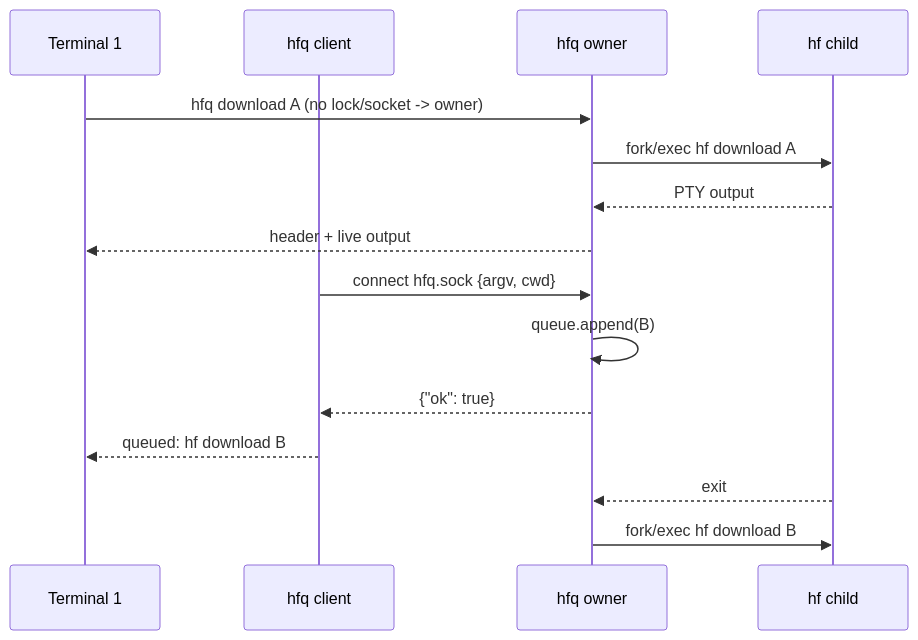
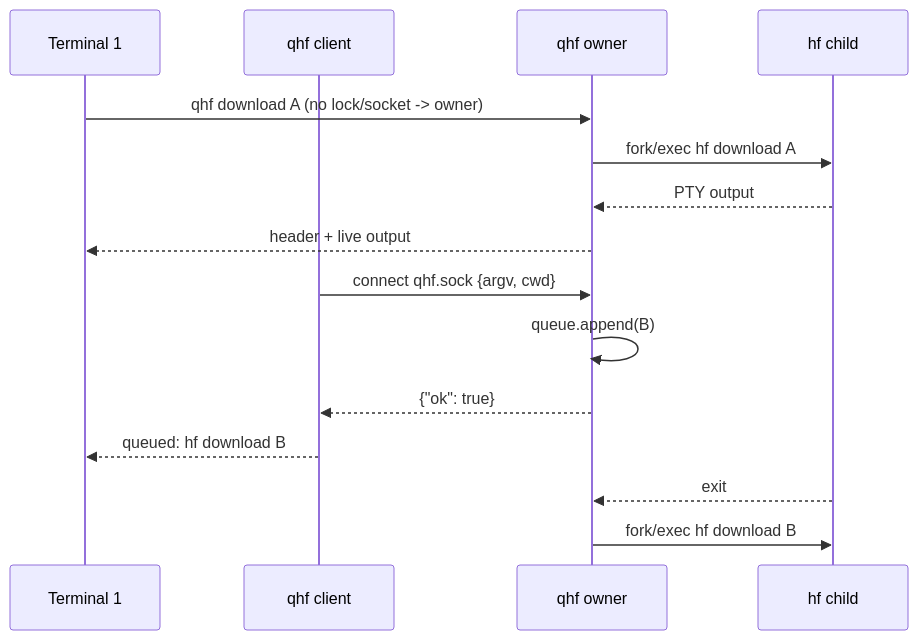
One commit to hughyyy/queuehuggingface changed the diagram in docs/design.md. Above: the diagram before and after it, drawn with Mermaid. The commit also changed other lines of this file and 7 other files, not shown here.

````diff
--- a/docs/design.md
+++ b/docs/design.md
@@ -7,18 +9,18 @@
 ```mermaid
 sequenceDiagram
     participant T1 as Terminal 1
-    participant C as hfq client
-    participant O as hfq owner
+    participant C as qhf client
+    participant O as qhf owner
     participant H as hf child
 
-    T1->>O: hfq download A (no lock/socket -> owner)
+    T1->>O: qhf download A (no lock/socket -> owner)
     O->>H: fork/exec hf download A
     H-->>O: PTY output
     O-->>T1: header + live output
-    C->>O: connect hfq.sock {argv, cwd}
+    C->>O: connect qhf.sock {argv, cwd}
     O->>O: queue.append(B)
     O-->>C: {"ok": true}
     C-->>T1: queued: hf download B
     H-->>O: exit
     O->>H: fork/exec hf download B
 ```
````
